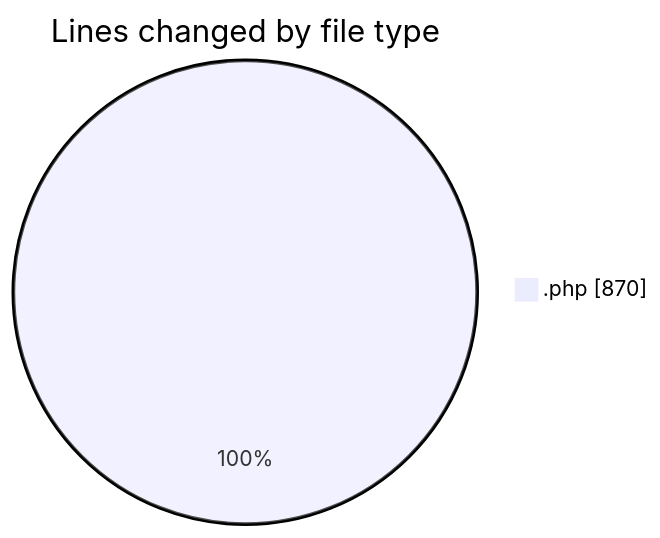
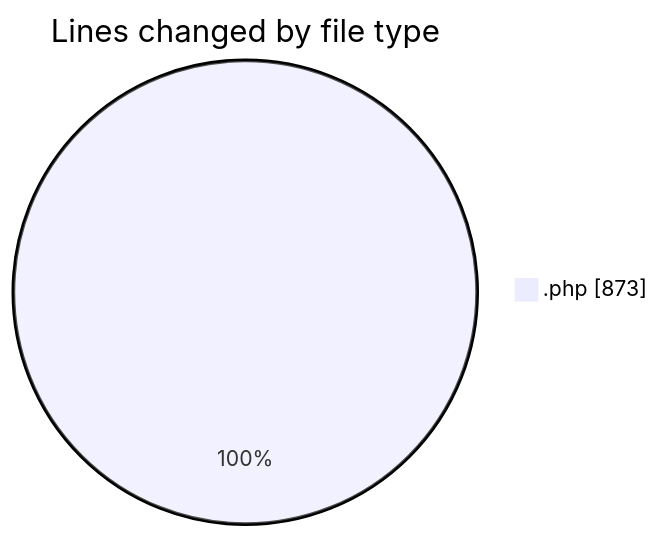
Before and after one commit to LanceThiago/code-tracking: the first of 2 diagrams in 2025-01-14/oficina/README.md, drawn with Mermaid. The commit also changed other lines of this file and 1 other file, not shown here.

````diff
--- a/2025-01-14/oficina/README.md
+++ b/2025-01-14/oficina/README.md
@@ -22,5 +22,5 @@
 ```mermaid
 pie showData
 title Lines changed by file type
-".php" : 870
+".php" : 873
 ```
````
